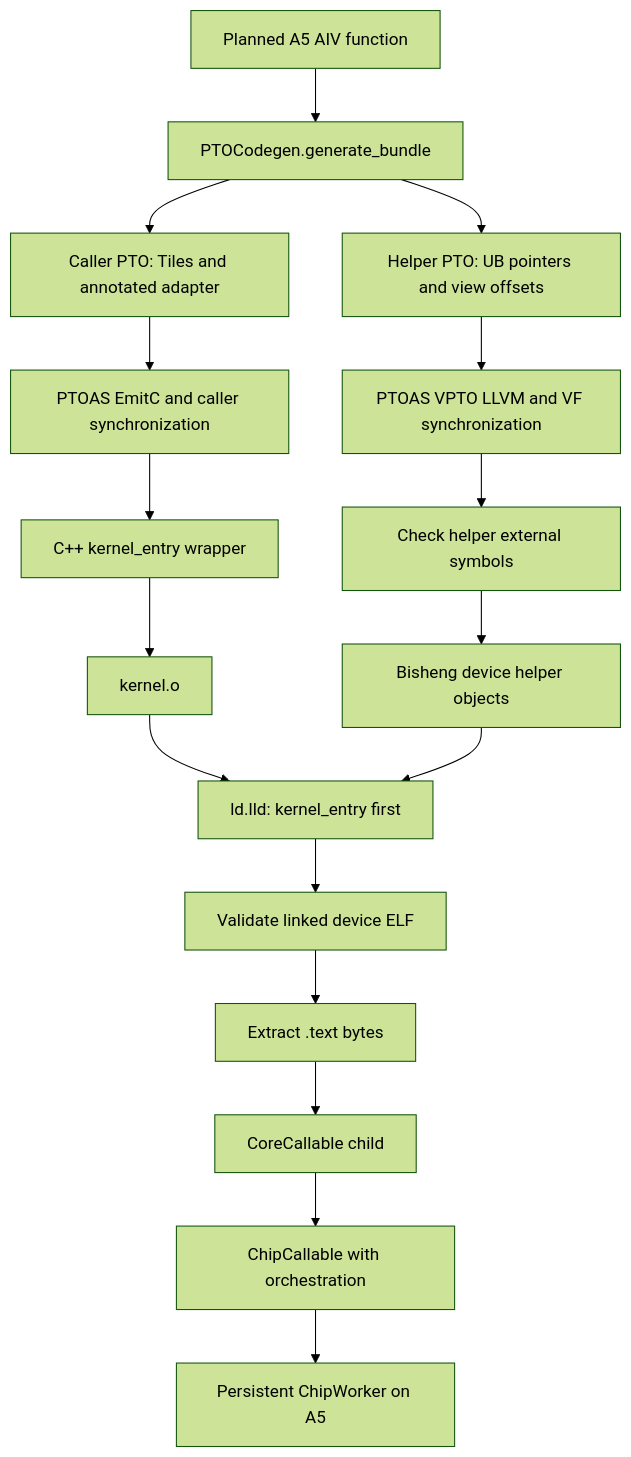
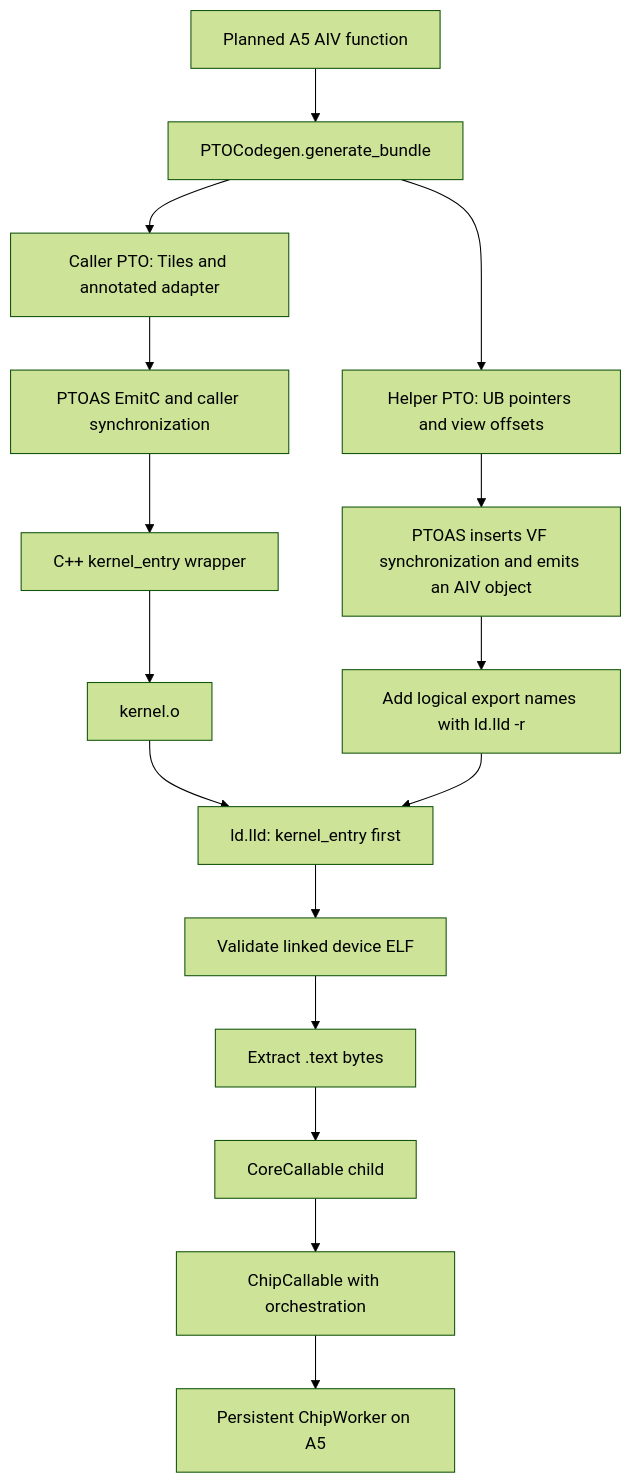
The diagram in docs/en/dev/codegen/03-vpto-vf-integration.md (hw-native-sys/pypto), drawn with Mermaid (forest theme) before and after one commit. The commit also changed other lines of this file and 17 other files, not shown here.

First line of the commit message:
refactor(runtime): emit A5 VF helper objects directly with PTOAS (#3239)

````diff
--- a/docs/en/dev/codegen/03-vpto-vf-integration.md
+++ b/docs/en/dev/codegen/03-vpto-vf-integration.md
@@ -15,19 +15,18 @@
 ```mermaid
 flowchart TD
   IR[Planned A5 AIV function] --> Bundle[PTOCodegen.generate_bundle]
   Bundle --> Caller[Caller PTO: Tiles and annotated adapter]
   Bundle --> Helper[Helper PTO: UB pointers and view offsets]
   Caller --> EmitC[PTOAS EmitC and caller synchronization]
   EmitC --> Wrapper[C++ kernel_entry wrapper]
   Wrapper --> CallerObj[kernel.o]
-  Helper --> LLVM[PTOAS VPTO LLVM and VF synchronization]
-  LLVM --> Symbols[Check helper external symbols]
-  Symbols --> HelperObj[Bisheng device helper objects]
+  Helper --> Native[PTOAS inserts VF synchronization and emits an AIV object]
+  Native --> HelperObj[Add logical export names with ld.lld -r]
   CallerObj --> Link[ld.lld: kernel_entry first]
   HelperObj --> Link
   Link --> ELF[Validate linked device ELF]
   ELF --> Text[Extract .text bytes]
   Text --> Core[CoreCallable child]
   Core --> Chip[ChipCallable with orchestration]
   Chip --> Worker[Persistent ChipWorker on A5]
 ```
````
